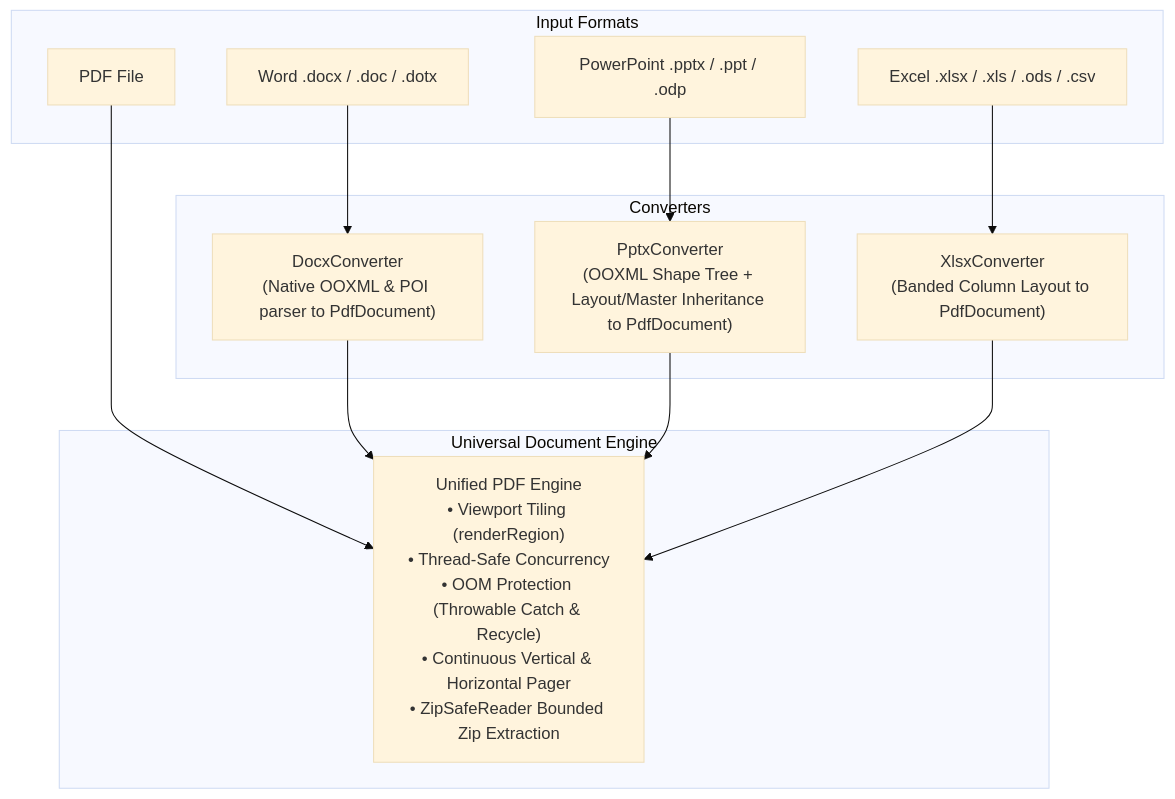
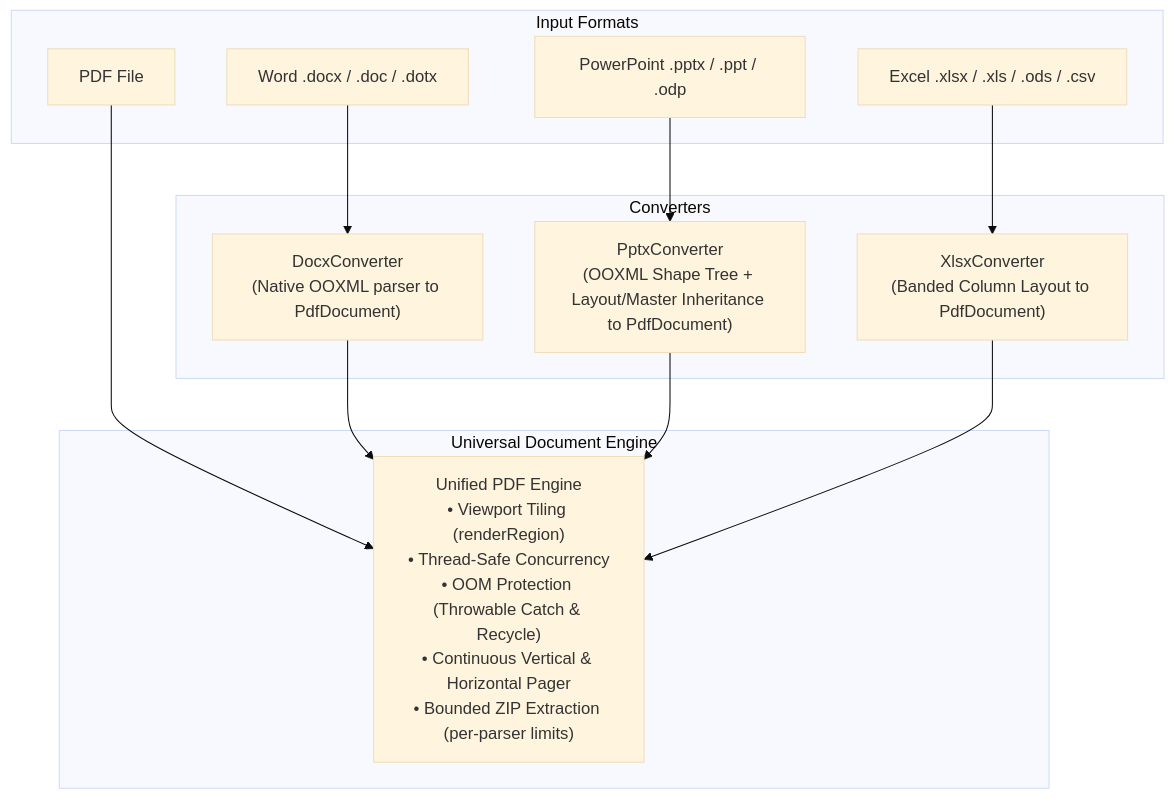
The diagram in improvement.md (abhisheksati132/mydoc), drawn with Mermaid (base theme) before and after one commit. The commit also changed other lines of this file and 3 other files, not shown here.

````diff
--- a/improvement.md
+++ b/improvement.md
@@ -21,24 +21,24 @@
 ```mermaid
 graph TD
     subgraph Input Formats
         PDF[PDF File]
         DOCX[Word .docx / .doc / .dotx]
         PPTX[PowerPoint .pptx / .ppt / .odp]
         XLSX[Excel .xlsx / .xls / .ods / .csv]
     end
 
     subgraph Converters
-        DOCX_CONV["DocxConverter<br/>(Native OOXML & POI parser to PdfDocument)"]
+        DOCX_CONV["DocxConverter<br/>(Native OOXML parser to PdfDocument)"]
         PPTX_CONV["PptxConverter<br/>(OOXML Shape Tree + Layout/Master Inheritance to PdfDocument)"]
         XLSX_CONV["XlsxConverter<br/>(Banded Column Layout to PdfDocument)"]
     end
 
     subgraph Universal Document Engine
-        PDF_ENGINE["Unified PDF Engine<br/>• Viewport Tiling (renderRegion)<br/>• Thread-Safe Concurrency<br/>• OOM Protection (Throwable Catch & Recycle)<br/>• Continuous Vertical & Horizontal Pager<br/>• ZipSafeReader Bounded Zip Extraction"]
+        PDF_ENGINE["Unified PDF Engine<br/>• Viewport Tiling (renderRegion)<br/>• Thread-Safe Concurrency<br/>• OOM Protection (Throwable Catch & Recycle)<br/>• Continuous Vertical & Horizontal Pager<br/>• Bounded ZIP Extraction (per-parser limits)"]
     end
 
     PDF --> PDF_ENGINE
     DOCX --> DOCX_CONV --> PDF_ENGINE
     PPTX --> PPTX_CONV --> PDF_ENGINE
     XLSX --> XLSX_CONV --> PDF_ENGINE
 ```
````
